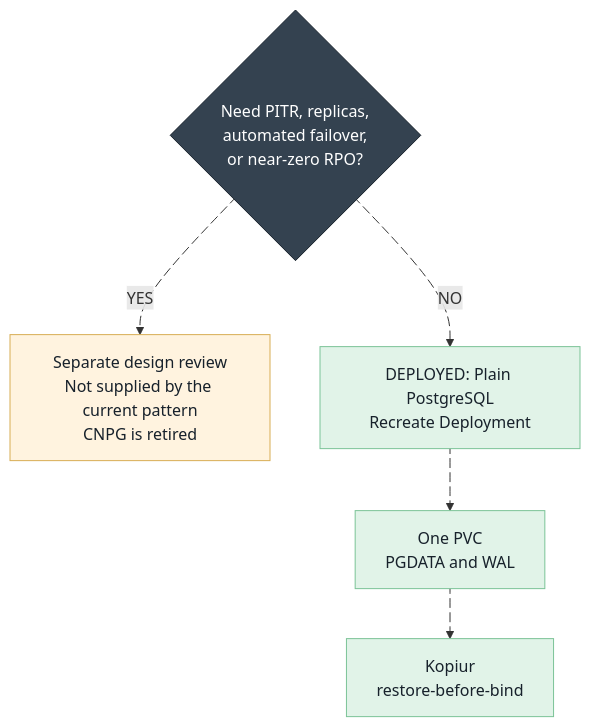
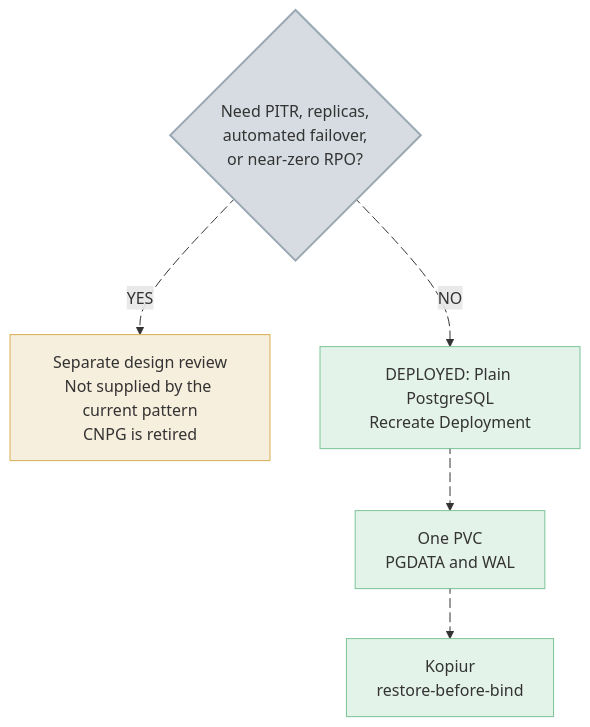
Before and after one commit to mitchross/talos-argocd-proxmox: the diagram in docs/domains/cnpg/run-postgres-plain-english.md, drawn with Mermaid. The commit also changed 8 other files, not shown here.

Commit message:
docs: make Mermaid boxes readable in dark mode (#4079)

````diff
--- a/docs/domains/cnpg/run-postgres-plain-english.md
+++ b/docs/domains/cnpg/run-postgres-plain-english.md
@@ -81,38 +81,38 @@
 ```mermaid
 flowchart TB
   accTitle: PostgreSQL snapshot recovery and its limits
   accDescr: The deployed database pattern is plain PostgreSQL with PGDATA and WAL on one PVC, restored through Kopiur. Point-in-time recovery and database failover would require a separate design review; CNPG is retired.
 
   NEED{"`Need PITR, replicas,
   automated failover,
   or near-zero RPO?`"}
 
   REVIEW["`Separate design review
   Not supplied by the current pattern
   CNPG is retired`"]
 
     DEPLOY["`DEPLOYED: Plain PostgreSQL
     Recreate Deployment`"]
     PVC["`One PVC
     PGDATA and WAL`"]
     KOPIUR["`Kopiur
     restore-before-bind`"]
     DEPLOY plain1@--> PVC
     PVC plain2@--> KOPIUR
 
   NEED yes@-- "YES" --> REVIEW
   NEED no@-- "NO" --> DEPLOY
 
-  classDef decision fill:#344250,stroke:#17212b,color:#ffffff
-  classDef external fill:#fff3df,stroke:#d8ad55,color:#17212b
-  classDef desired fill:#e1f3e8,stroke:#7bc397,color:#17212b
-  classDef controller fill:#dff4f6,stroke:#70bcc4,color:#17212b
+  classDef decision fill:#9aa8b366,stroke:#9aa8b3,stroke-width:2px
+  classDef external fill:#d8ad5533,stroke:#d8ad55
+  classDef desired fill:#7bc39733,stroke:#7bc397
+  classDef controller fill:#70bcc433,stroke:#70bcc4
   class NEED decision
   class REVIEW external
   class DEPLOY,PVC,KOPIUR desired
 
   yes@{ animation: fast }
   no@{ animation: fast }
   plain1@{ animation: slow }
   plain2@{ animation: slow }
 ```
````
